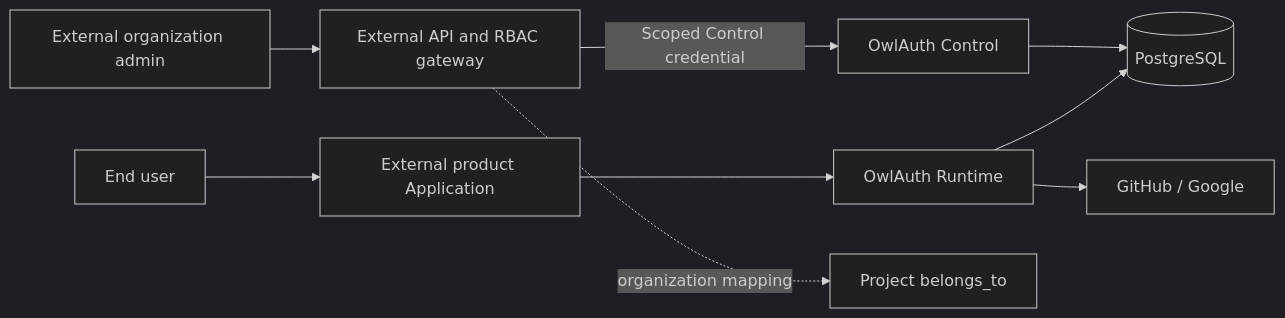
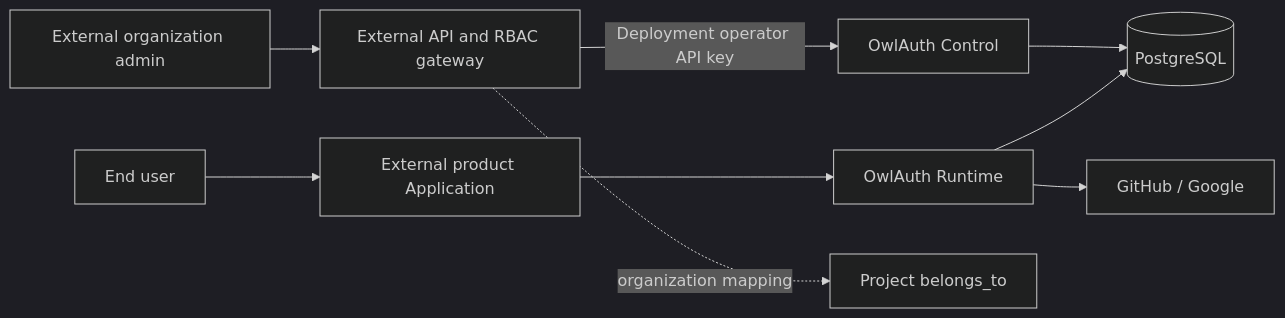
One commit to owlfoundry/owlauth changed the fourth of 4 diagrams in spec/01-system-context-and-goals.md. Above: the diagram before and after it, drawn with Mermaid (dark theme). The commit also changed other lines of this file and 35 other files, not shown here.

First line of the commit message:
docs(repo): define hosted web and SaaS architecture

````diff
--- a/spec/01-system-context-and-goals.md
+++ b/spec/01-system-context-and-goals.md
@@ -148,13 +153,13 @@
 ```mermaid
 flowchart LR
     OrgAdmin[External organization admin] --> Gateway[External API and RBAC gateway]
-    Gateway -->|Scoped Control credential| Control[OwlAuth Control]
+    Gateway -->|Deployment operator API key| Control[OwlAuth Control]
     Control --> PG[(PostgreSQL)]
 
     EndUser[End user] --> App[External product Application]
     App --> Runtime[OwlAuth Runtime]
     Runtime --> Provider[GitHub / Google]
     Runtime --> PG
 
     Gateway -. organization mapping .-> BT[Project belongs_to]
 ```
````
